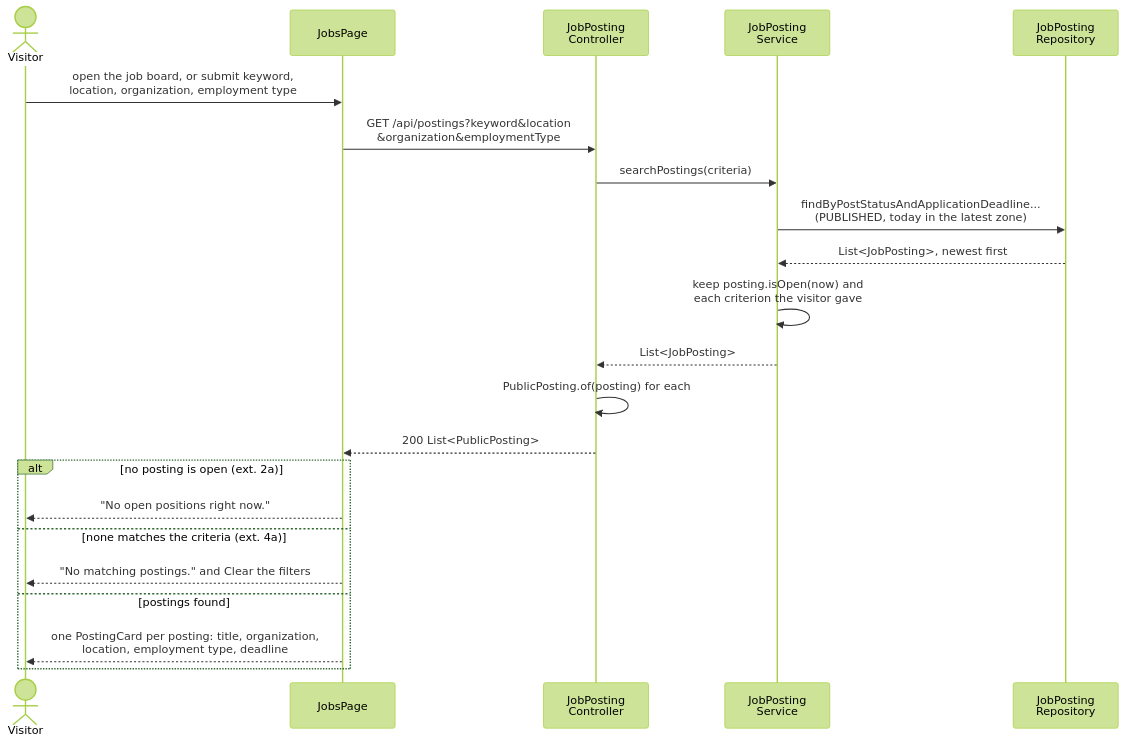
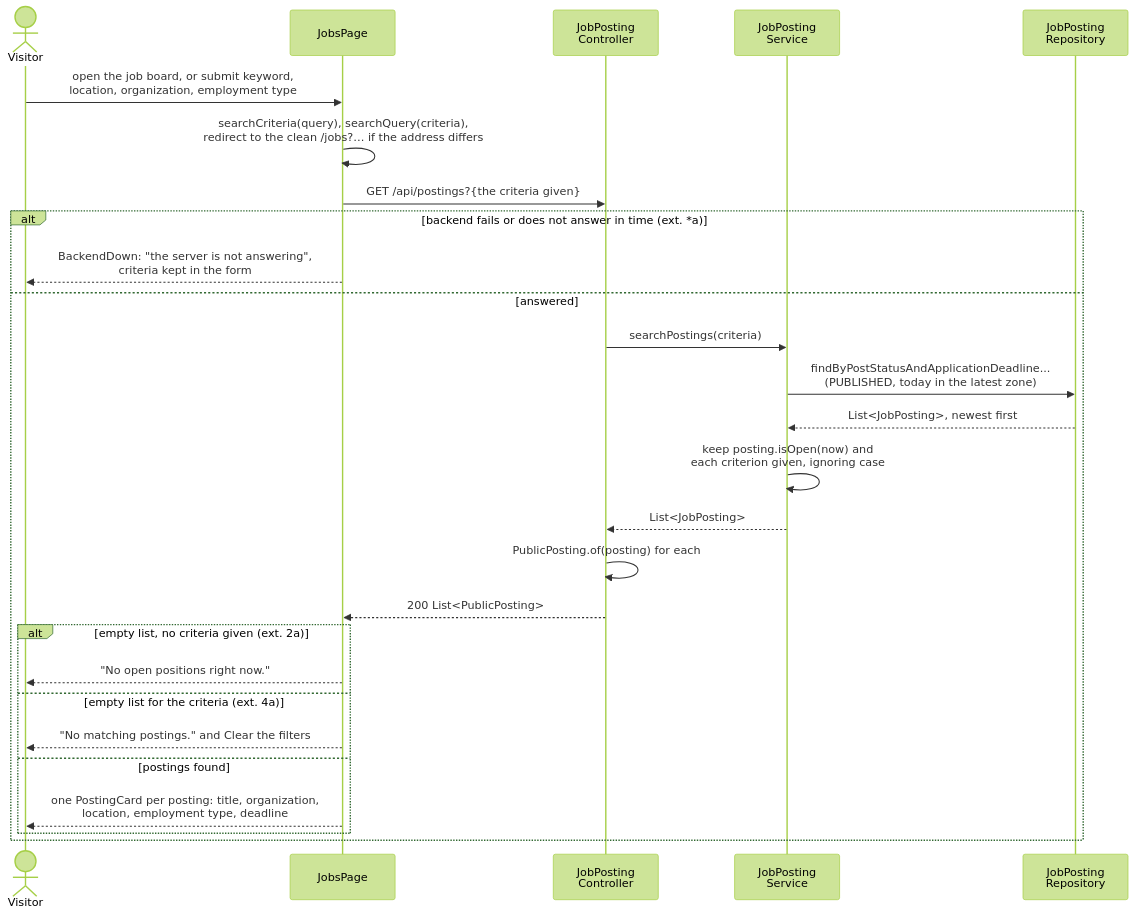
One commit to berdyshevol/careerbridge-csi5324 changed the first of 2 diagrams in spec/design.md. Above: the diagram before and after it, drawn with Mermaid (forest theme). The commit also changed other lines of this file and 1 other file, not shown here.

````diff
--- a/spec/design.md
+++ b/spec/design.md
@@ -33,25 +38,30 @@
 ```mermaid
 sequenceDiagram
     actor V as Visitor
     participant JP as JobsPage
     participant JC as JobPosting<br/>Controller
     participant JS as JobPosting<br/>Service
     participant JR as JobPosting<br/>Repository
 
     V->>JP: open the job board, or submit keyword,<br/>location, organization, employment type
-    JP->>JC: GET /api/postings?keyword&location<br/>&organization&employmentType
-    JC->>JS: searchPostings(criteria)
-    JS->>JR: findByPostStatusAndApplicationDeadline...<br/>(PUBLISHED, today in the latest zone)
-    JR-->>JS: List<JobPosting>, newest first
-    JS->>JS: keep posting.isOpen(now) and<br/>each criterion the visitor gave
-    JS-->>JC: List<JobPosting>
-    JC->>JC: PublicPosting.of(posting) for each
-    JC-->>JP: 200 List<PublicPosting>
-    alt no posting is open (ext. 2a)
-        JP-->>V: "No open positions right now."
-    else none matches the criteria (ext. 4a)
-        JP-->>V: "No matching postings." and Clear the filters
-    else postings found
-        JP-->>V: one PostingCard per posting: title, organization,<br/>location, employment type, deadline
+    JP->>JP: searchCriteria(query), searchQuery(criteria),<br/>redirect to the clean /jobs?… if the address differs
+    JP->>JC: GET /api/postings?{the criteria given}
+    alt backend fails or does not answer in time (ext. *a)
+        JP-->>V: BackendDown: "the server is not answering",<br/>criteria kept in the form
+    else answered
+        JC->>JS: searchPostings(criteria)
+        JS->>JR: findByPostStatusAndApplicationDeadline...<br/>(PUBLISHED, today in the latest zone)
+        JR-->>JS: List<JobPosting>, newest first
+        JS->>JS: keep posting.isOpen(now) and<br/>each criterion given, ignoring case
+        JS-->>JC: List<JobPosting>
+        JC->>JC: PublicPosting.of(posting) for each
+        JC-->>JP: 200 List<PublicPosting>
+        alt empty list, no criteria given (ext. 2a)
+            JP-->>V: "No open positions right now."
+        else empty list for the criteria (ext. 4a)
+            JP-->>V: "No matching postings." and Clear the filters
+        else postings found
+            JP-->>V: one PostingCard per posting: title, organization,<br/>location, employment type, deadline
+        end
     end
 ```
````
